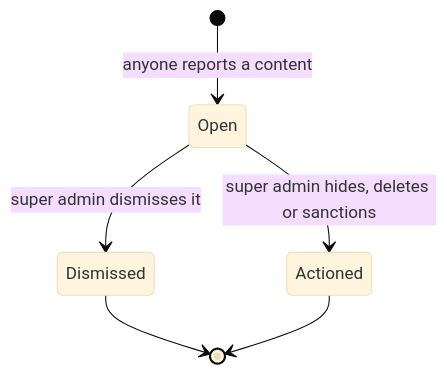
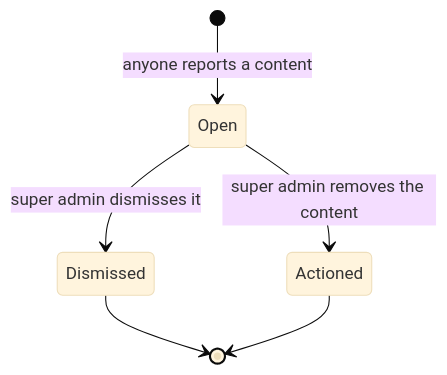
The third of 4 diagrams in docs/product/milestone-2/lifecycles.md (Bagra67/TierList), drawn with Mermaid (base theme) before and after one commit. The commit also changed other lines of this file and 9 other files, not shown here.

````diff
--- a/docs/product/milestone-2/lifecycles.md
+++ b/docs/product/milestone-2/lifecycles.md
@@ -63,8 +63,8 @@
 ```mermaid
 stateDiagram-v2
     [*] --> Open : anyone reports a content
     Open --> Dismissed : super admin dismisses it
-    Open --> Actioned : super admin hides, deletes or sanctions
+    Open --> Actioned : super admin removes the content
     Dismissed --> [*]
     Actioned --> [*]
 ```
````
